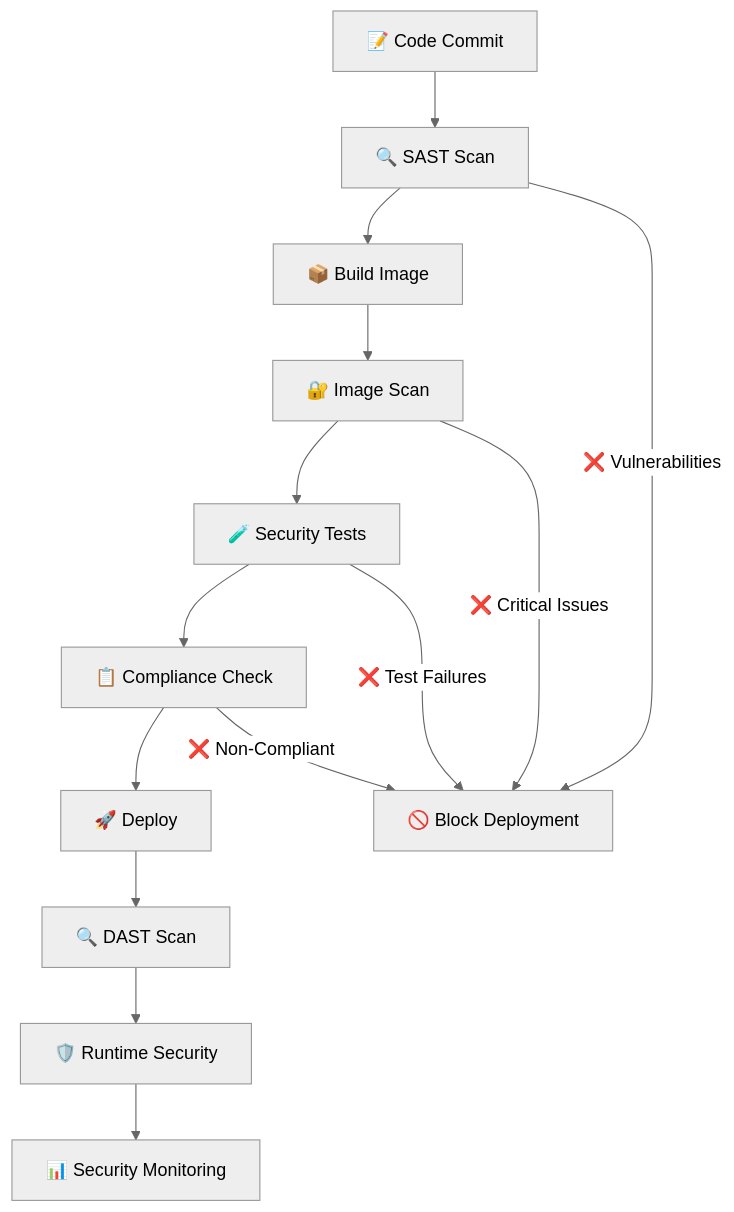
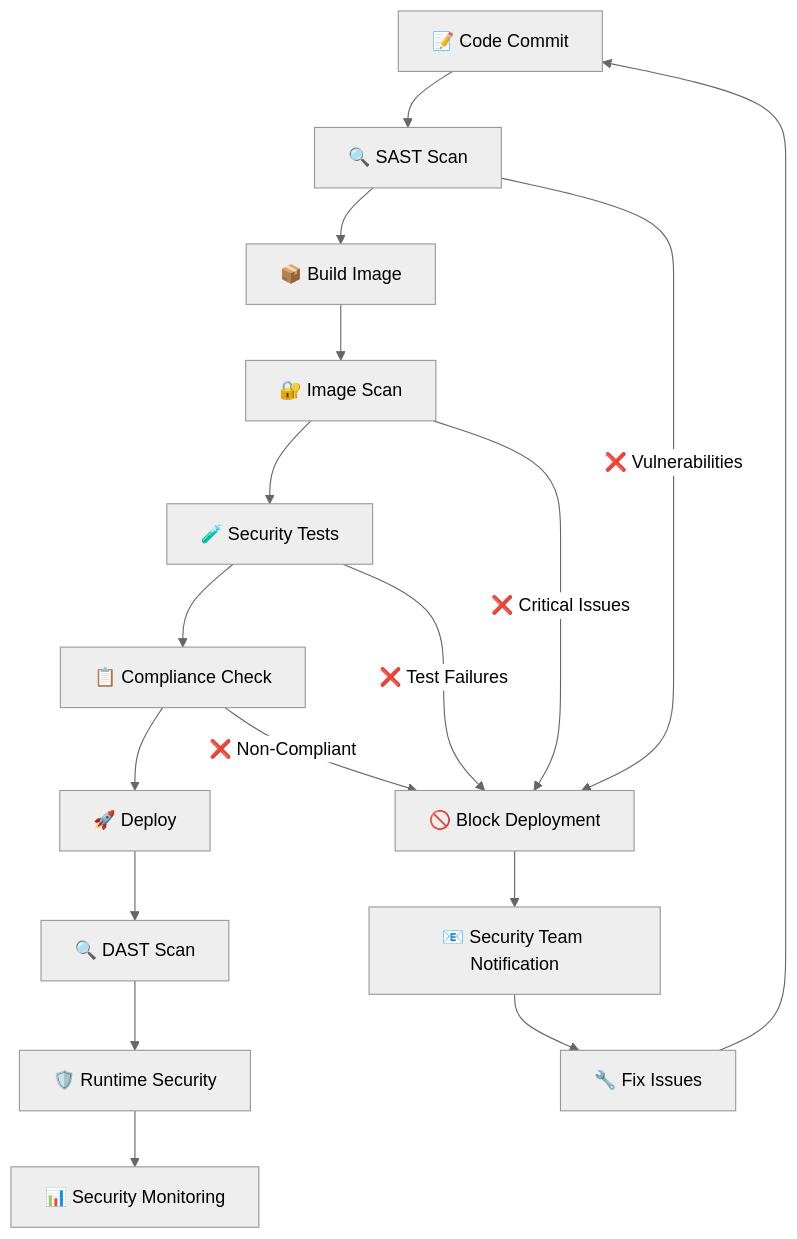
Before and after one commit to neKamita/Mirza-Telegram-Shop-Bot: the tenth of 12 diagrams in docs/DEPLOYMENT.md, drawn with Mermaid (neutral theme). The commit also changed other lines of this file and 7 other files, not shown here.

````diff
--- a/docs/DEPLOYMENT.md
+++ b/docs/DEPLOYMENT.md
@@ -356,19 +1107,22 @@
 ```mermaid
 flowchart TD
     A[📝 Code Commit] --> B[🔍 SAST Scan]
     B --> C[📦 Build Image]
     C --> D[🔐 Image Scan]
     D --> E[🧪 Security Tests]
     E --> F[📋 Compliance Check]
     F --> G[🚀 Deploy]
-    
+
     G --> H[🔍 DAST Scan]
     H --> I[🛡️ Runtime Security]
     I --> J[📊 Security Monitoring]
-    
+
     B -->|❌ Vulnerabilities| K[🚫 Block Deployment]
     D -->|❌ Critical Issues| K
     E -->|❌ Test Failures| K
     F -->|❌ Non-Compliant| K
-    
+
+    K --> L[📧 Security Team Notification]
+    L --> M[🔧 Fix Issues]
+    M --> A
 ```
````
